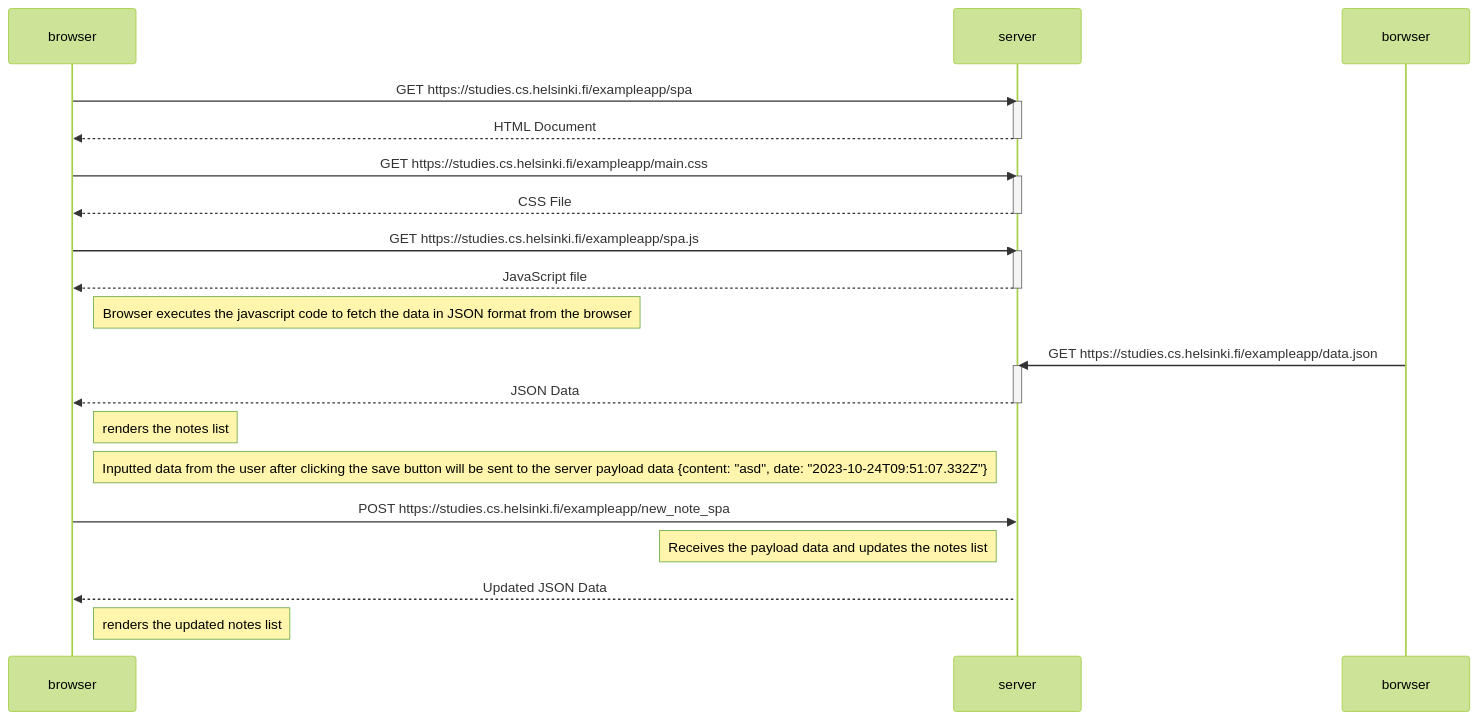
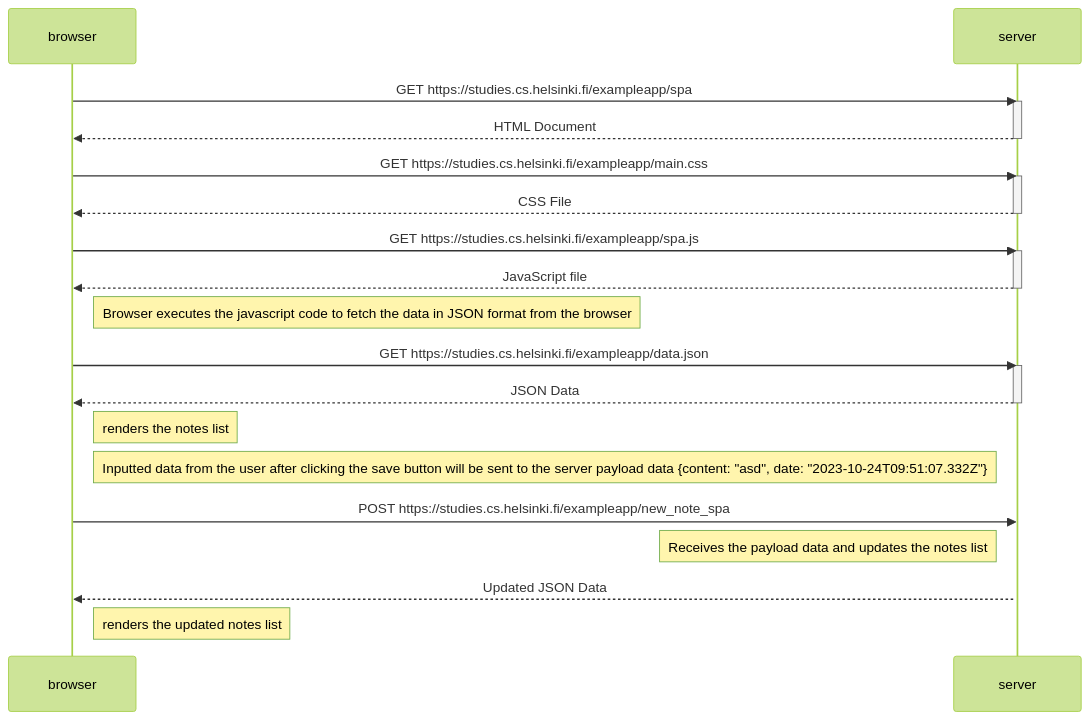
Before and after one commit to rieljasperapos/fullstackopen: the diagram in part0/exercise06.md, drawn with Mermaid (forest theme).

Commit message:
part0/exercise06.md

````diff
--- a/part0/exercise06.md
+++ b/part0/exercise06.md
@@ -1,34 +1,34 @@
 ```mermaid
 sequenceDiagram
     participant browser
     participant server
 
     browser->>server: GET https://studies.cs.helsinki.fi/exampleapp/spa
     activate server
     server-->>browser: HTML Document
     deactivate server
 
     browser->>server: GET https://studies.cs.helsinki.fi/exampleapp/main.css
     activate server
     server-->>browser: CSS File
     deactivate server
 
     browser->>server: GET https://studies.cs.helsinki.fi/exampleapp/spa.js
     activate server
     server-->>browser: JavaScript file
     deactivate server
     Note right of browser: Browser executes the javascript code to fetch the data in JSON format from the browser
 
-    borwser->>server: GET https://studies.cs.helsinki.fi/exampleapp/data.json
+    browser->>server: GET https://studies.cs.helsinki.fi/exampleapp/data.json
     activate server
     server-->>browser: JSON Data
     deactivate server
     Note right of browser: renders the notes list
 
     Note right of browser: Inputted data from the user after clicking the save button will be sent to the server payload data {content: "asd", date: "2023-10-24T09:51:07.332Z"}
     browser->>server: POST https://studies.cs.helsinki.fi/exampleapp/new_note_spa
     Note left of server: Receives the payload data and updates the notes list
     activate server
     server-->>browser: Updated JSON Data
     Note right of browser: renders the updated notes list
 ```
````
